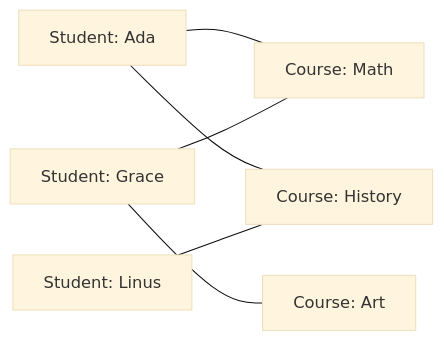
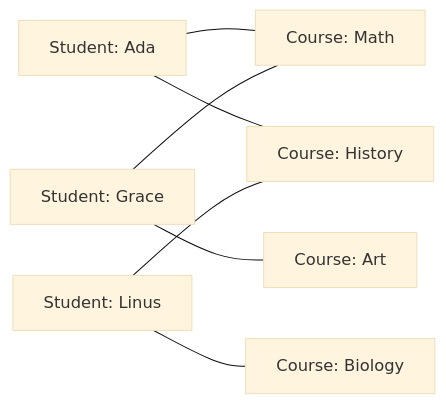
One commit to dataslope/dataslope changed the first of 7 diagrams in content/courses/database-design-postgresql/many-to-many.mdx. Above: the diagram before and after it, drawn with Mermaid (base theme). The commit also changed 1380 other files, not shown here.

````diff
--- a/content/courses/database-design-postgresql/many-to-many.mdx
+++ b/content/courses/database-design-postgresql/many-to-many.mdx
@@ -29,8 +29,9 @@
 ```mermaid
 flowchart LR
     S1["Student: Ada"] --- C1["Course: Math"]
     S1 --- C2["Course: History"]
     S2["Student: Grace"] --- C1
     S2 --- C3["Course: Art"]
     S3["Student: Linus"] --- C2
+    S3 --- C4["Course: Biology"]
 ```
````
